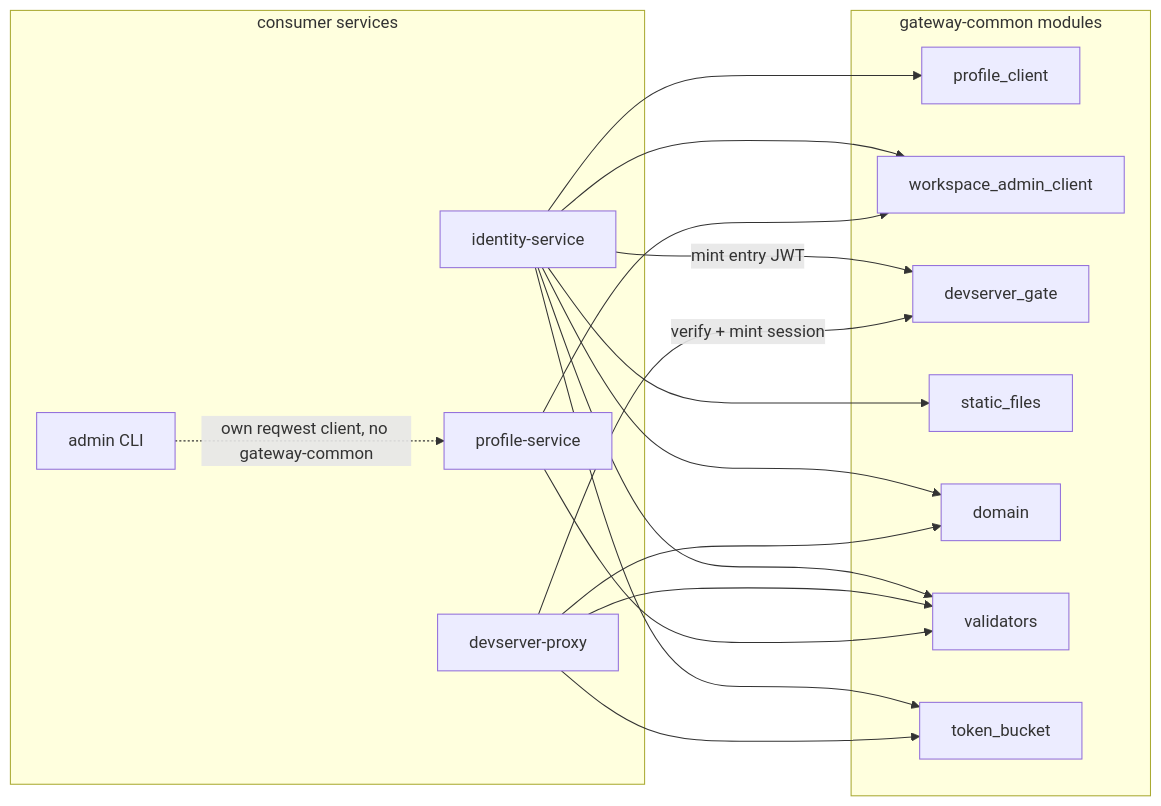
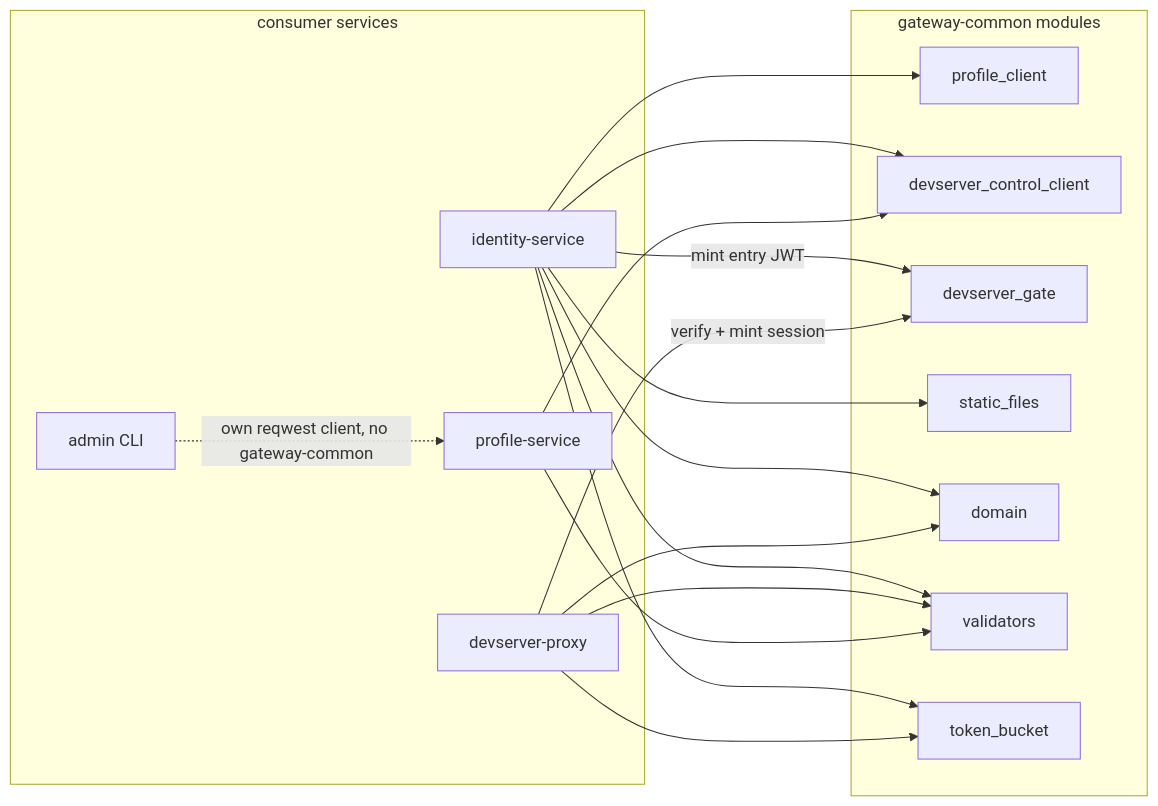
One commit to likewhatevs/chan changed the diagram in gateway/crates/gateway-common/design.md. Above: the diagram before and after it, drawn with Mermaid. The commit also changed other lines of this file and 12 other files, not shown here.

First line of the commit message:
feat(gateway): point the aggregate admin client at devserver-control

````diff
--- a/gateway/crates/gateway-common/design.md
+++ b/gateway/crates/gateway-common/design.md
@@ -20,32 +20,32 @@
 ```mermaid
 flowchart LR
   subgraph svc["consumer services"]
     identity["identity-service"]
     devproxy["devserver-proxy"]
     profile["profile-service"]
     admin["admin CLI"]
   end
   subgraph common["gateway-common modules"]
     pc["profile_client"]
-    wac["workspace_admin_client"]
+    dcc["devserver_control_client"]
     dg["devserver_gate"]
     sf["static_files"]
     dom["domain"]
     val["validators"]
     tb["token_bucket"]
   end
   identity --> pc
   identity --> sf
-  identity --> wac
+  identity --> dcc
   identity -->|"mint entry JWT"| dg
   identity --> dom
   identity --> val
   identity --> tb
   devproxy -->|"verify + mint session"| dg
   devproxy --> dom
   devproxy --> val
   devproxy --> tb
-  profile --> wac
+  profile --> dcc
   profile --> val
   admin -.->|"own reqwest client, no gateway-common"| profile
 ```
````
